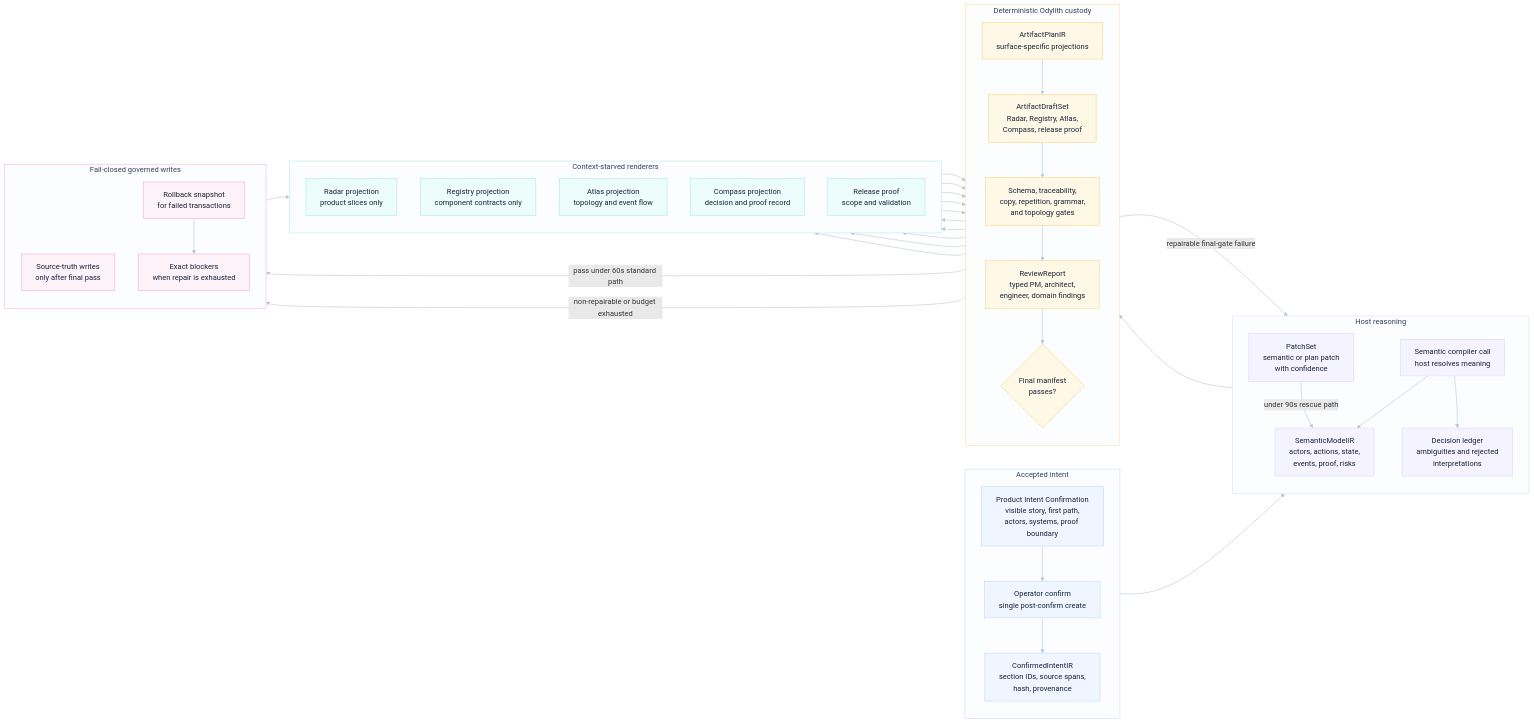
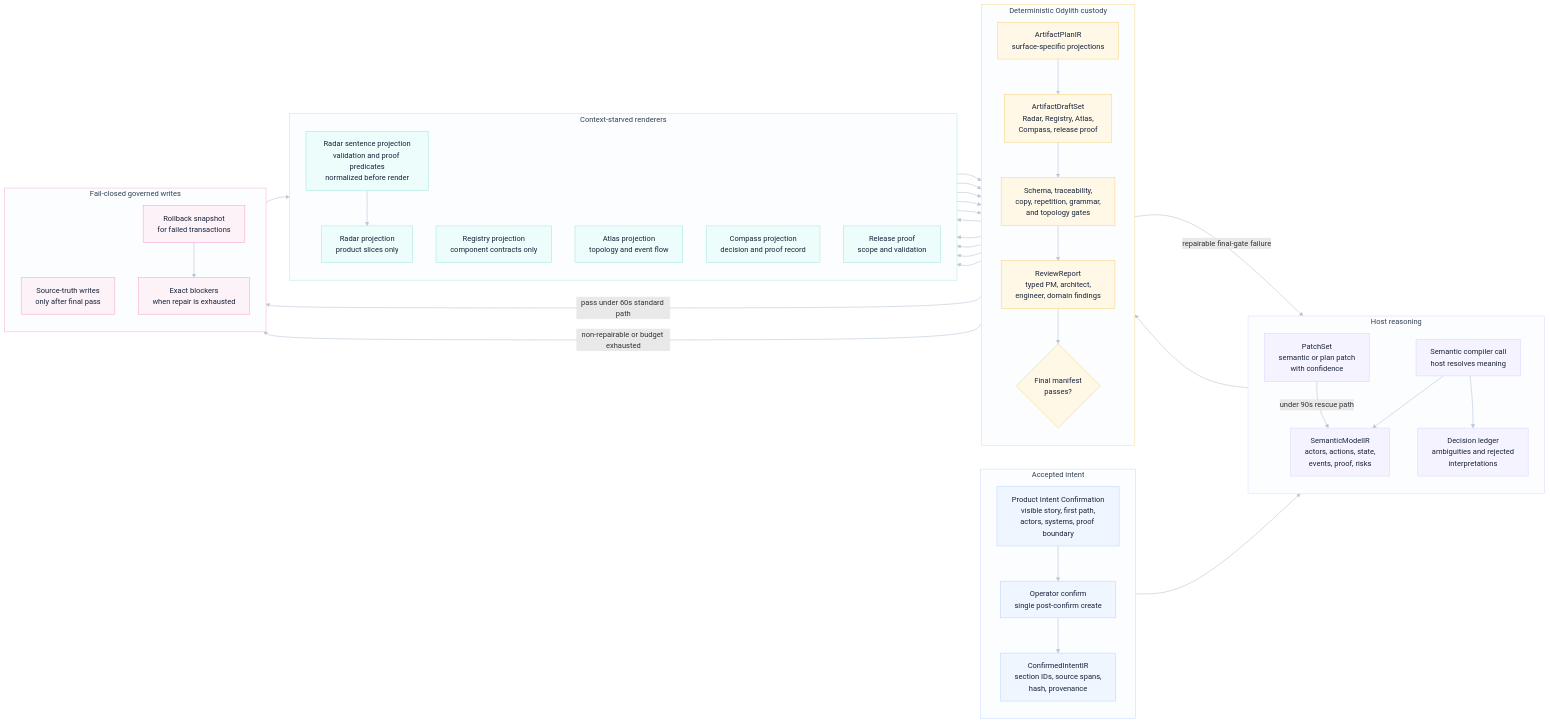
One commit to odylith/odylith changed the diagram in odylith/atlas/source/domain-intelligence-greenfield-governance.mmd. Above: the diagram before and after it, drawn with Mermaid. The commit also changed 63 other files, not shown here.

```diff
--- a/odylith/atlas/source/domain-intelligence-greenfield-governance.mmd
+++ b/odylith/atlas/source/domain-intelligence-greenfield-governance.mmd
@@ -1,79 +1,80 @@
 flowchart LR
     subgraph confirmation_lane["Accepted intent"]
       direction TB
       visible_intent["Product Intent Confirmation<br/>visible story, first path,<br/>actors, systems, proof boundary"]
       confirm["Operator confirm<br/>single post-confirm create"]
       confirmed_ir["ConfirmedIntentIR<br/>section IDs, source spans,<br/>hash, provenance"]
     end
 
     subgraph reasoning_lane["Host reasoning"]
       direction TB
       semantic_compile["Semantic compiler call<br/>host resolves meaning"]
       semantic_ir["SemanticModelIR<br/>actors, actions, state,<br/>events, proof, risks"]
       decision_ledger["Decision ledger<br/>ambiguities and rejected<br/>interpretations"]
       patchset["PatchSet<br/>semantic or plan patch<br/>with confidence"]
     end
 
     subgraph custody_lane["Deterministic Odylith custody"]
       direction TB
       plan_ir["ArtifactPlanIR<br/>surface-specific projections"]
       draft_set["ArtifactDraftSet<br/>Radar, Registry, Atlas,<br/>Compass, release proof"]
       validators["Schema, traceability,<br/>copy, repetition, grammar,<br/>and topology gates"]
       review_report["ReviewReport<br/>typed PM, architect,<br/>engineer, domain findings"]
       transaction{"Final manifest<br/>passes?"}
     end
 
     subgraph projection_lane["Context-starved renderers"]
       direction TB
+      radar_sentence["Radar sentence projection<br/>validation and proof predicates<br/>normalized before render"]
       radar["Radar projection<br/>product slices only"]
       registry["Registry projection<br/>component contracts only"]
       atlas["Atlas projection<br/>topology and event flow"]
       compass["Compass projection<br/>decision and proof record"]
       release["Release proof<br/>scope and validation"]
     end
 
     subgraph write_lane["Fail-closed governed writes"]
       direction TB
       writes["Source-truth writes<br/>only after final pass"]
       rollback["Rollback snapshot<br/>for failed transactions"]
       blockers["Exact blockers<br/>when repair is exhausted"]
     end
 
     visible_intent --> confirm --> confirmed_ir
     confirmed_ir --> semantic_compile --> semantic_ir
     semantic_compile --> decision_ledger
     semantic_ir --> plan_ir --> draft_set
-    plan_ir --> radar
+    plan_ir --> radar_sentence --> radar
     plan_ir --> registry
     plan_ir --> atlas
     plan_ir --> compass
     plan_ir --> release
     radar --> draft_set
     registry --> draft_set
     atlas --> draft_set
     compass --> draft_set
     release --> draft_set
     draft_set --> validators --> review_report --> transaction
     transaction -- "pass under 60s standard path" --> writes
     transaction -- "repairable final-gate failure" --> patchset
     patchset -- "under 90s rescue path" --> semantic_ir
     transaction -- "non-repairable or budget exhausted" --> rollback --> blockers
     writes --> compass
 
     classDef intent fill:#EFF6FF,stroke:#BFD7FE,color:#17233A,stroke-width:1.2px;
     classDef reasoning fill:#F5F3FF,stroke:#DDD6FE,color:#17233A,stroke-width:1.2px;
     classDef custody fill:#FFF8E6,stroke:#F6D98B,color:#17233A,stroke-width:1.3px;
     classDef projection fill:#ECFDFB,stroke:#A7E9E3,color:#17233A,stroke-width:1.2px;
     classDef write fill:#FDF2F8,stroke:#F9A8D4,color:#17233A,stroke-width:1.2px;
     class visible_intent,confirm,confirmed_ir intent;
     class semantic_compile,semantic_ir,decision_ledger,patchset reasoning;
     class plan_ir,draft_set,validators,review_report,transaction custody;
-    class radar,registry,atlas,compass,release projection;
+    class radar_sentence,radar,registry,atlas,compass,release projection;
     class writes,rollback,blockers write;
 
     style confirmation_lane fill:#FBFDFF,stroke:#BFD7FE,stroke-width:1px,color:#334155
     style reasoning_lane fill:#FBFDFF,stroke:#DDD6FE,stroke-width:1px,color:#334155
     style custody_lane fill:#FBFDFF,stroke:#F6D98B,stroke-width:1px,color:#334155
     style projection_lane fill:#FBFDFF,stroke:#A7E9E3,stroke-width:1px,color:#334155
     style write_lane fill:#FBFDFF,stroke:#F9A8D4,stroke-width:1px,color:#334155
     linkStyle default stroke:#B9C7D8,stroke-width:1.25px
```
